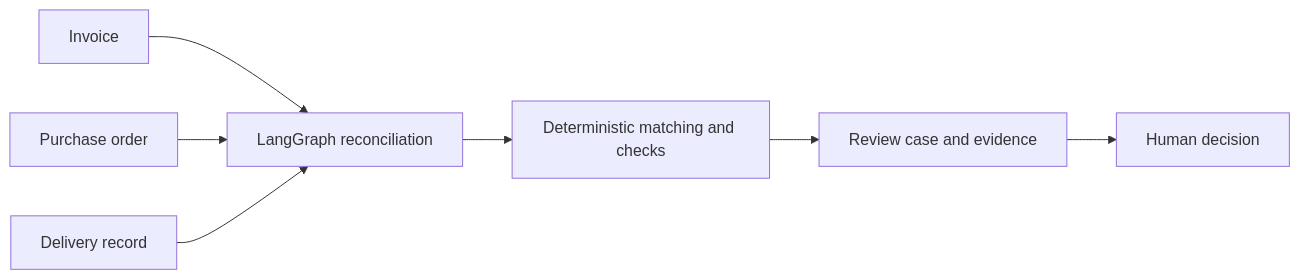
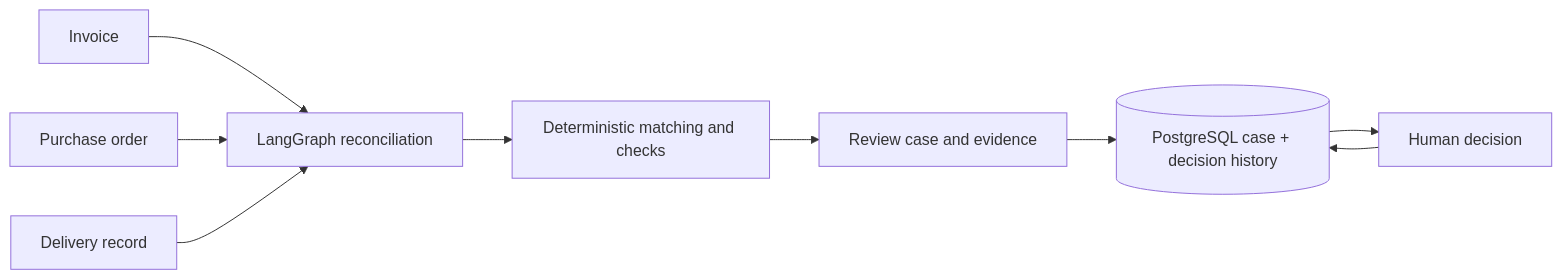
The diagram in README.md (fatemeh76m/mismatch-desk), drawn with Mermaid before and after one commit. The commit also changed other lines of this file and 19 other files, not shown here.

Commit message:
feat: add PostgreSQL review decision history

````diff
--- a/README.md
+++ b/README.md
@@ -22,9 +22,11 @@
 ```mermaid
 flowchart LR
   I[Invoice] --> G[LangGraph reconciliation]
   P[Purchase order] --> G
   D[Delivery record] --> G
   G --> M[Deterministic matching and checks]
   M --> Q[Review case and evidence]
-  Q --> H[Human decision]
+  Q --> DB[(PostgreSQL case + decision history)]
+  DB --> H[Human decision]
+  H --> DB
 ```
````
